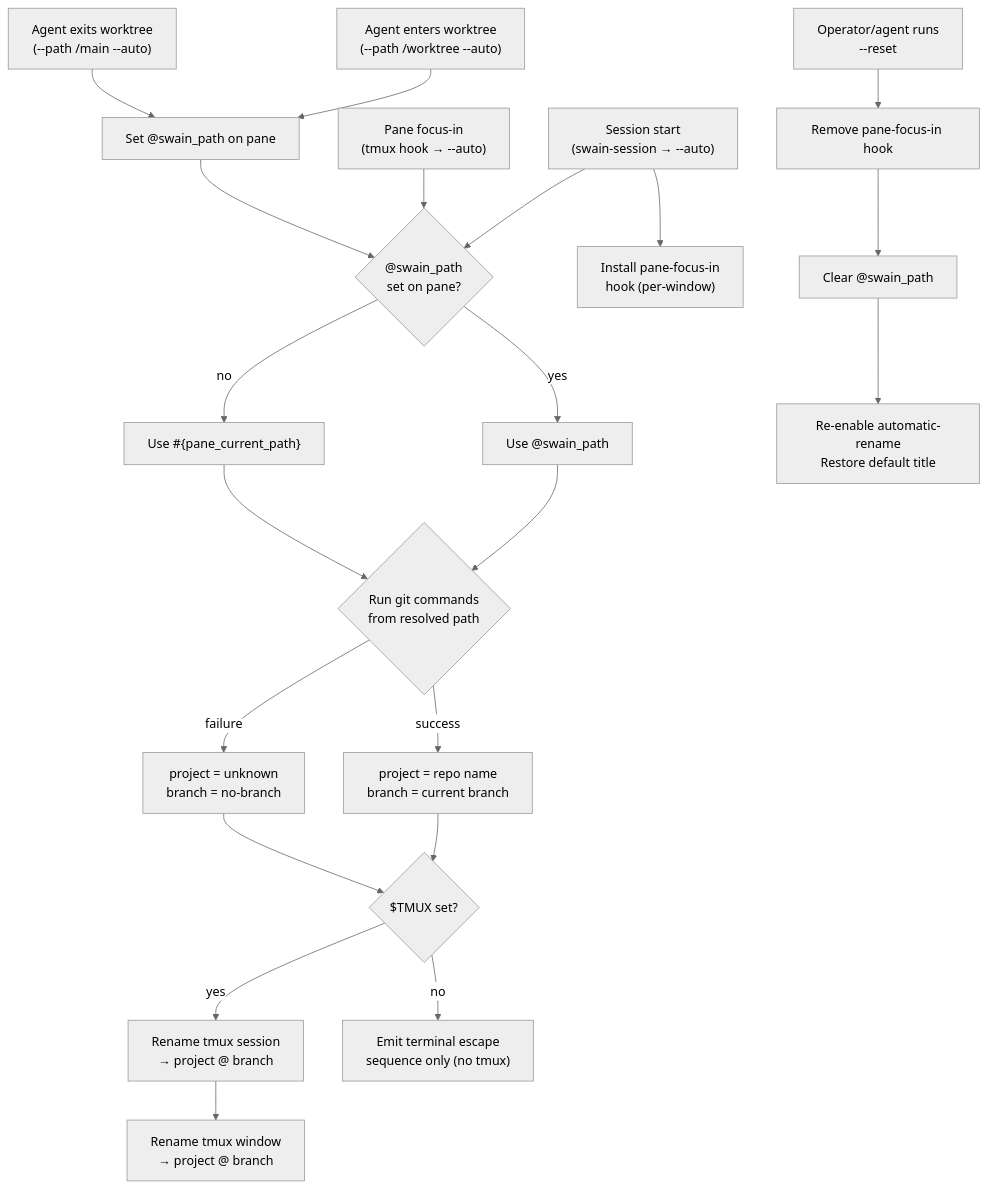
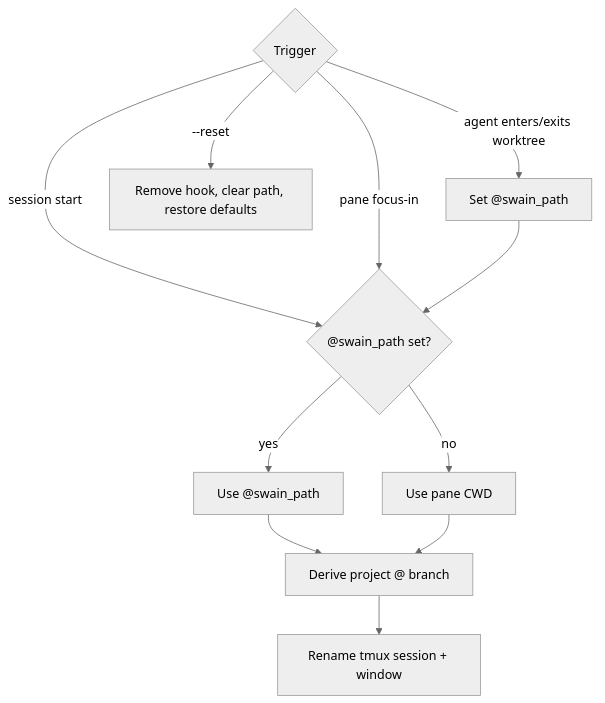
The diagram in docs/design/Active/(DESIGN-001)-Tmux-Session-Naming-Flows/(DESIGN-001)-Tmux-Session-Naming-Flows.md (cristoslc/swain), drawn with Mermaid (neutral theme) before and after one commit. The commit also changed 7 other files, not shown here.

First line of the commit message:
docs(design): supersede DESIGN-002, refine design flowcharts, and add swain-box auth-done marker

````diff
--- a/docs/design/Active/(DESIGN-001)-Tmux-Session-Naming-Flows/(DESIGN-001)-Tmux-Session-Naming-Flows.md
+++ b/docs/design/Active/(DESIGN-001)-Tmux-Session-Naming-Flows/(DESIGN-001)-Tmux-Session-Naming-Flows.md
@@ -52,55 +52,13 @@
 ```mermaid
 flowchart TD
-    trigger_session_start["Session start\n(swain-session → --auto)"]
-    trigger_pane_focus["Pane focus-in\n(tmux hook → --auto)"]
-    trigger_agent_enter["Agent enters worktree\n(--path /worktree --auto)"]
-    trigger_agent_exit["Agent exits worktree\n(--path /main --auto)"]
-    trigger_reset["Operator/agent runs\n--reset"]
-
-    check_swain_path{"@swain_path\nset on pane?"}
-    use_swain_path["Use @swain_path"]
-    use_pane_cwd["Use #{pane_current_path}"]
-
-    set_swain_path["Set @swain_path on pane"]
-    install_hook["Install pane-focus-in\nhook (per-window)"]
-
-    resolve_git{"Run git commands\nfrom resolved path"}
-    git_success["project = repo name\nbranch = current branch"]
-    git_fail["project = unknown\nbranch = no-branch"]
-
-    in_tmux{"$TMUX set?"}
-    rename_session["Rename tmux session\n→ project @ branch"]
-    rename_window["Rename tmux window\n→ project @ branch"]
-    emit_escape["Emit terminal escape\nsequence only (no tmux)"]
-
-    reset_hook["Remove pane-focus-in hook"]
-    clear_path["Clear @swain_path"]
-    restore_rename["Re-enable automatic-rename\nRestore default title"]
-
-    trigger_session_start --> check_swain_path
-    trigger_pane_focus --> check_swain_path
-    trigger_agent_enter --> set_swain_path --> check_swain_path
-    trigger_agent_exit --> set_swain_path
-
-    check_swain_path -->|"yes"| use_swain_path
-    check_swain_path -->|"no"| use_pane_cwd
-
-    use_swain_path --> resolve_git
-    use_pane_cwd --> resolve_git
-
-    resolve_git -->|"success"| git_success
-    resolve_git -->|"failure"| git_fail
-
-    git_success --> in_tmux
-    git_fail --> in_tmux
-
-    trigger_session_start --> install_hook
-
-    in_tmux -->|"yes"| rename_session
-    rename_session --> rename_window
-    in_tmux -->|"no"| emit_escape
-
-    trigger_reset --> reset_hook
-    reset_hook --> clear_path
-    clear_path --> restore_rename
+    trigger{"Trigger"}
+    trigger -->|"session start"| resolve_path
+    trigger -->|"pane focus-in"| resolve_path
+    trigger -->|"agent enters/exits worktree"| set_path["Set @swain_path"] --> resolve_path
+    trigger -->|"--reset"| cleanup["Remove hook, clear path, restore defaults"]
+    resolve_path{"@swain_path set?"} -->|"yes"| use_swain["Use @swain_path"]
+    resolve_path -->|"no"| use_cwd["Use pane CWD"]
+    use_swain --> derive_git["Derive project @ branch"]
+    use_cwd --> derive_git
+    derive_git --> rename["Rename tmux session + window"]
 ```
````
